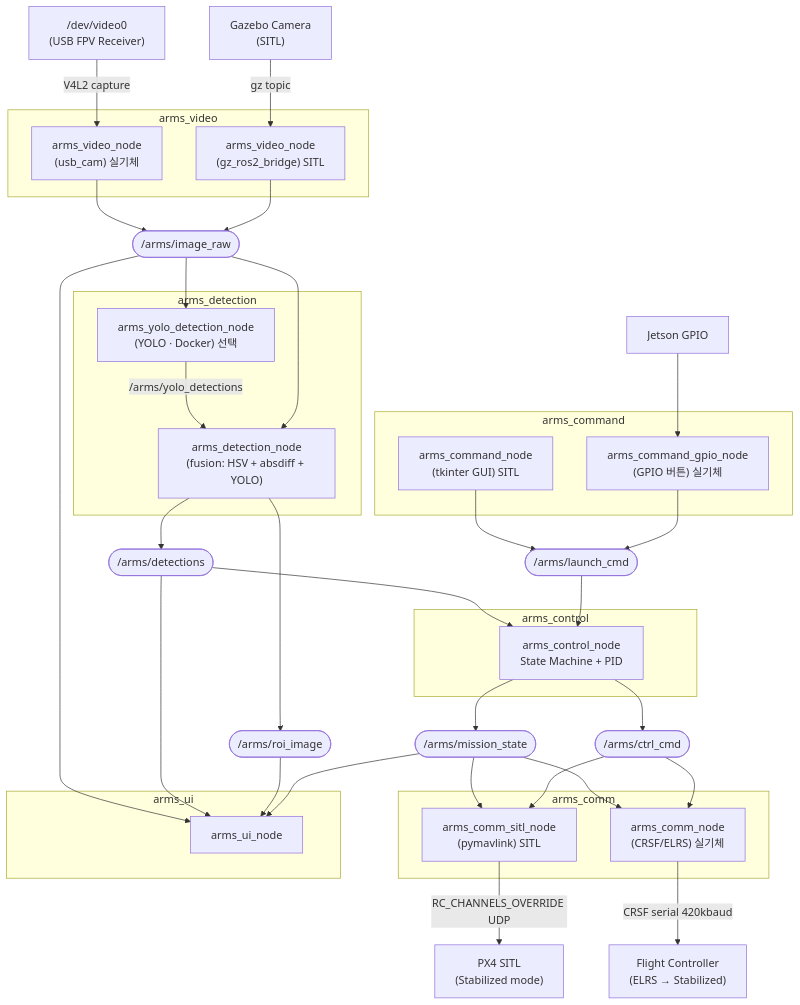
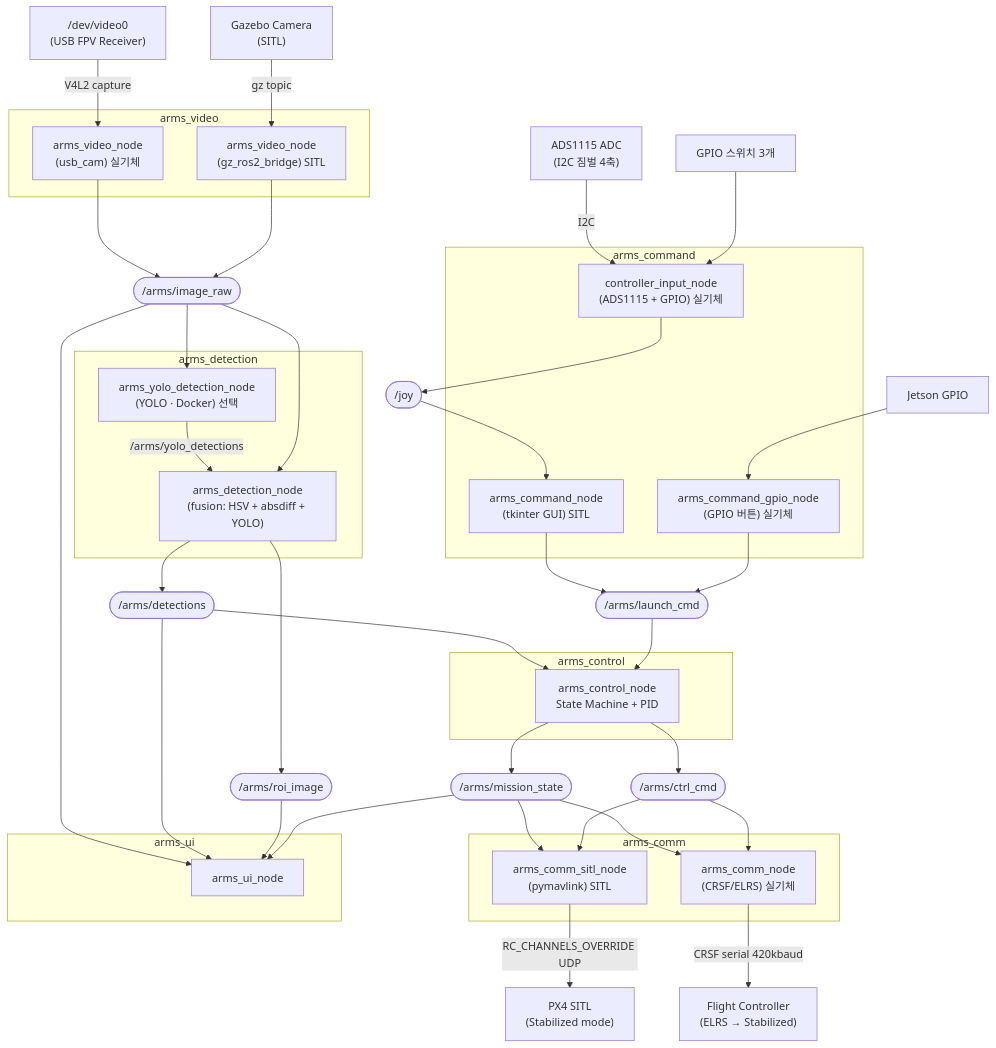
The first of 3 diagrams in SW/docs/DESIGN.md (tokhun2002/A.R.M.S.-Anti-drone-Reusable-Modular-System-), drawn with Mermaid before and after one commit. The commit also changed other lines of this file and 16 other files, not shown here.

````diff
--- a/SW/docs/DESIGN.md
+++ b/SW/docs/DESIGN.md
@@ -61,72 +61,81 @@
 ```mermaid
 graph TD
     GAZEBO["Gazebo Camera<br/>(SITL)"]
     V4L2["/dev/video0<br/>(USB FPV Receiver)"]
     GPIO["Jetson GPIO"]
 
     subgraph arms_video ["arms_video"]
         VN_REAL["arms_video_node<br/>(usb_cam) 실기체"]
         VN_SITL["arms_video_node<br/>(gz_ros2_bridge) SITL"]
     end
 
     IMAGE(["/arms/image_raw"])
 
     subgraph arms_detection ["arms_detection"]
         DN_YOLO["arms_yolo_detection_node<br/>(YOLO · Docker) 선택"]
         DN_FUSION["arms_detection_node<br/>(fusion: HSV + absdiff + YOLO)"]
         DN_YOLO -->|/arms/yolo_detections| DN_FUSION
     end
 
     subgraph arms_command ["arms_command"]
         CMD_GUI["arms_command_node<br/>(tkinter GUI) SITL"]
         CMD_GPIO["arms_command_gpio_node<br/>(GPIO 버튼) 실기체"]
+        CMD_JOY["controller_input_node<br/>(ADS1115 + GPIO) 실기체"]
     end
+
+    ADS1115["ADS1115 ADC<br/>(I2C 짐벌 4축)"]
+    SWGPIO["GPIO 스위치 3개"]
+    JOY(["/joy"])
 
     DETECTIONS(["/arms/detections"])
     ROI_IMAGE(["/arms/roi_image"])
     LAUNCH_CMD(["/arms/launch_cmd"])
     MISSION_STATE(["/arms/mission_state"])
     CTRL_CMD(["/arms/ctrl_cmd"])
 
     subgraph arms_control ["arms_control"]
         CN["arms_control_node<br/>State Machine + PID"]
     end
 
     subgraph arms_comm ["arms_comm"]
         COMM_SITL["arms_comm_sitl_node<br/>(pymavlink) SITL"]
         COMM_HW["arms_comm_node<br/>(CRSF/ELRS) 실기체"]
     end
 
     subgraph arms_ui ["arms_ui"]
         UN["arms_ui_node"]
     end
 
     FC_SITL["PX4 SITL<br/>(Stabilized mode)"]
     FC_HW["Flight Controller<br/>(ELRS → Stabilized)"]
 
     V4L2 -->|V4L2 capture| VN_REAL
     GAZEBO -->|gz topic| VN_SITL
     GPIO --> CMD_GPIO
+    ADS1115 -->|I2C| CMD_JOY
+    SWGPIO --> CMD_JOY
+    CMD_JOY --> JOY
+    JOY --> CMD_GUI
     VN_REAL --> IMAGE
     VN_SITL --> IMAGE
     IMAGE --> DN_YOLO
     IMAGE --> DN_FUSION
     IMAGE --> UN
     DN_FUSION --> DETECTIONS
     DN_FUSION --> ROI_IMAGE
     DETECTIONS --> CN
     DETECTIONS --> UN
     ROI_IMAGE --> UN
     CMD_GUI --> LAUNCH_CMD
     CMD_GPIO --> LAUNCH_CMD
     LAUNCH_CMD --> CN
     CN --> MISSION_STATE
     CN --> CTRL_CMD
     MISSION_STATE --> UN
     MISSION_STATE --> COMM_SITL
     MISSION_STATE --> COMM_HW
     CTRL_CMD --> COMM_SITL
     CTRL_CMD --> COMM_HW
     COMM_SITL -->|RC_CHANNELS_OVERRIDE UDP| FC_SITL
     COMM_HW -->|CRSF serial 420kbaud| FC_HW
 ```
````
